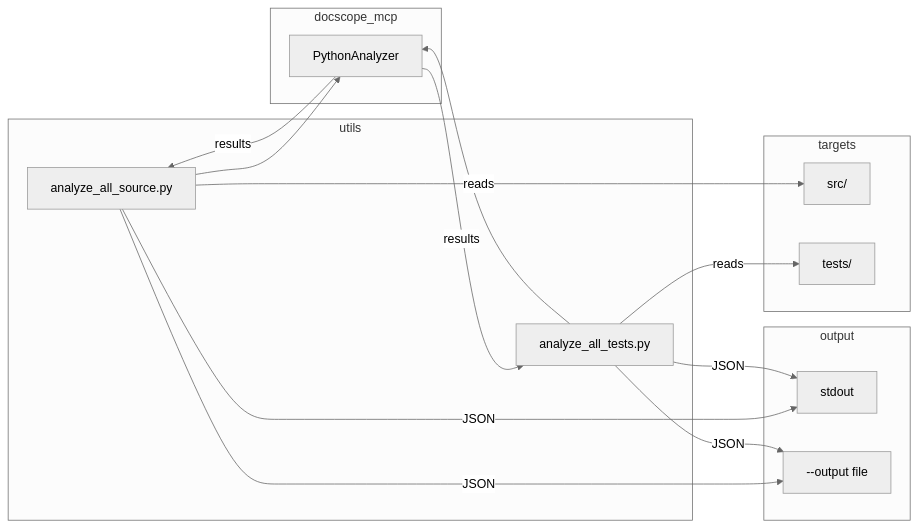
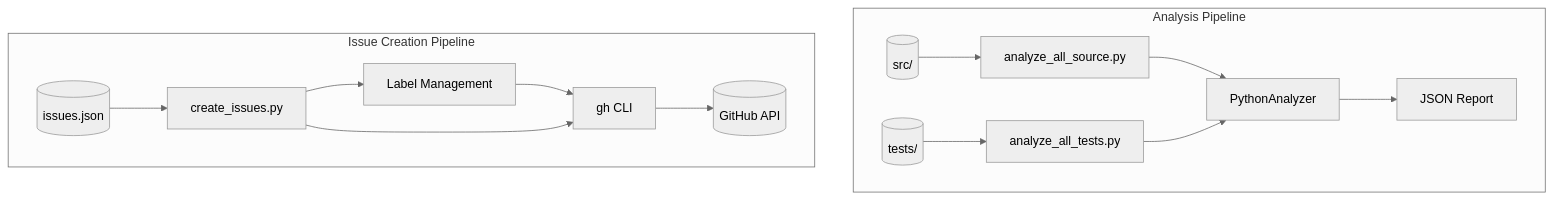
Before and after one commit to mgrandau/docscope-mcp: the first of 2 diagrams in utils/README.md, drawn with Mermaid. The commit also changed other lines of this file and 3 other files, not shown here.

````diff
--- a/utils/README.md
+++ b/utils/README.md
@@ -215,33 +320,32 @@
 ```mermaid
 %%{init: {'theme': 'neutral'}}%%
-flowchart LR
-    subgraph utils
+flowchart TB
+    subgraph Analysis Pipeline
         Source[analyze_all_source.py]
         Tests[analyze_all_tests.py]
+        SrcDir[(src/)]
+        TestDir[(tests/)]
+        Analyzer[PythonAnalyzer]
+        JSON1[JSON Report]
     end
 
-    subgraph targets
-        SrcDir[src/]
-        TestDir[tests/]
+    subgraph Issue Creation Pipeline
+        Issues[create_issues.py]
+        IssueJSON[(issues.json)]
+        GH[gh CLI]
+        GitHub[(GitHub API)]
+        Labels[Label Management]
     end
 
-    subgraph docscope_mcp
-        Analyzer[PythonAnalyzer]
-    end
-
-    subgraph output
-        Stdout[stdout]
-        File[--output file]
-    end
-
-    Source -->|reads| SrcDir
-    Tests -->|reads| TestDir
+    SrcDir --> Source
+    TestDir --> Tests
     Source --> Analyzer
     Tests --> Analyzer
-    Analyzer -->|results| Source
-    Analyzer -->|results| Tests
-    Source -->|JSON| Stdout
-    Source -->|JSON| File
-    Tests -->|JSON| Stdout
-    Tests -->|JSON| File
+    Analyzer --> JSON1
+
+    IssueJSON --> Issues
+    Issues --> Labels
+    Labels --> GH
+    Issues --> GH
+    GH --> GitHub
 ```
````
